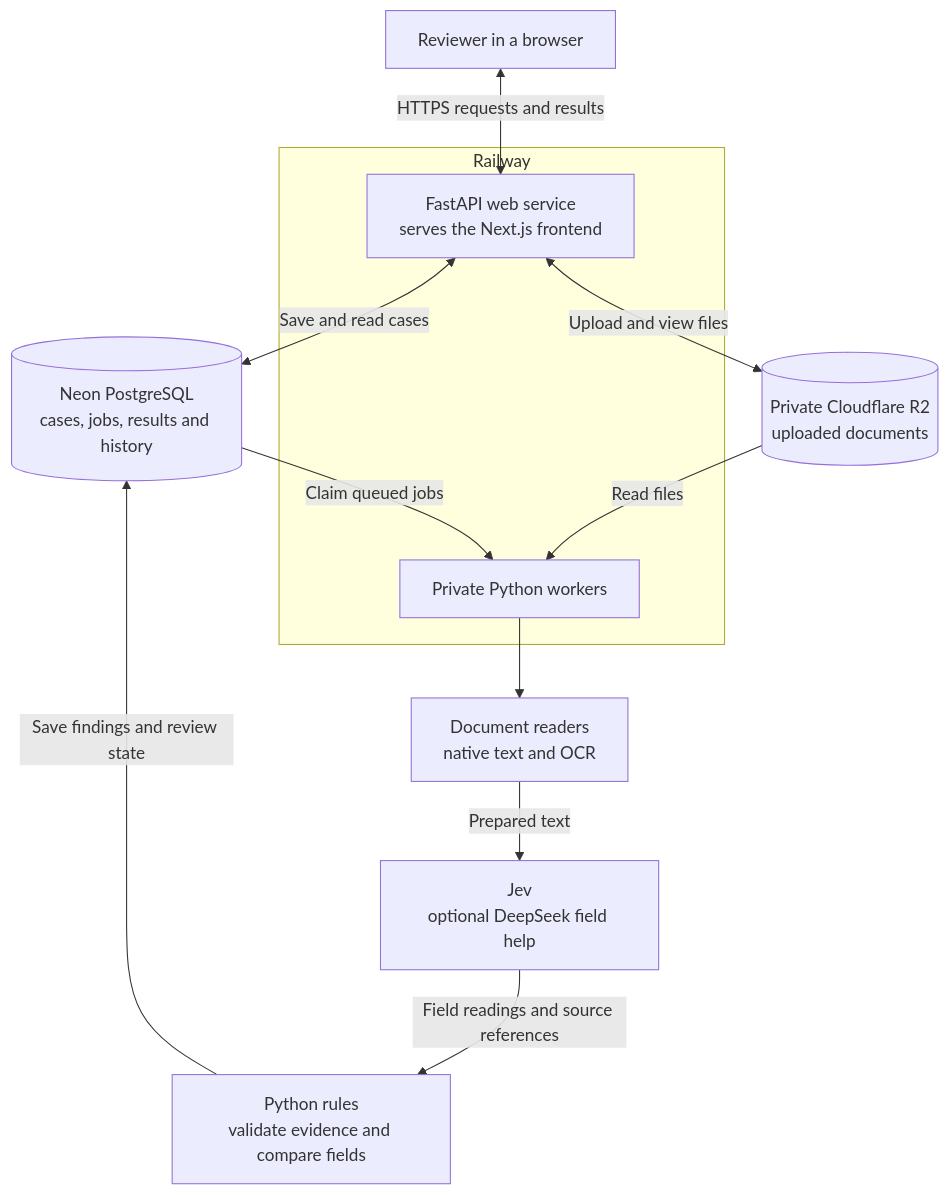
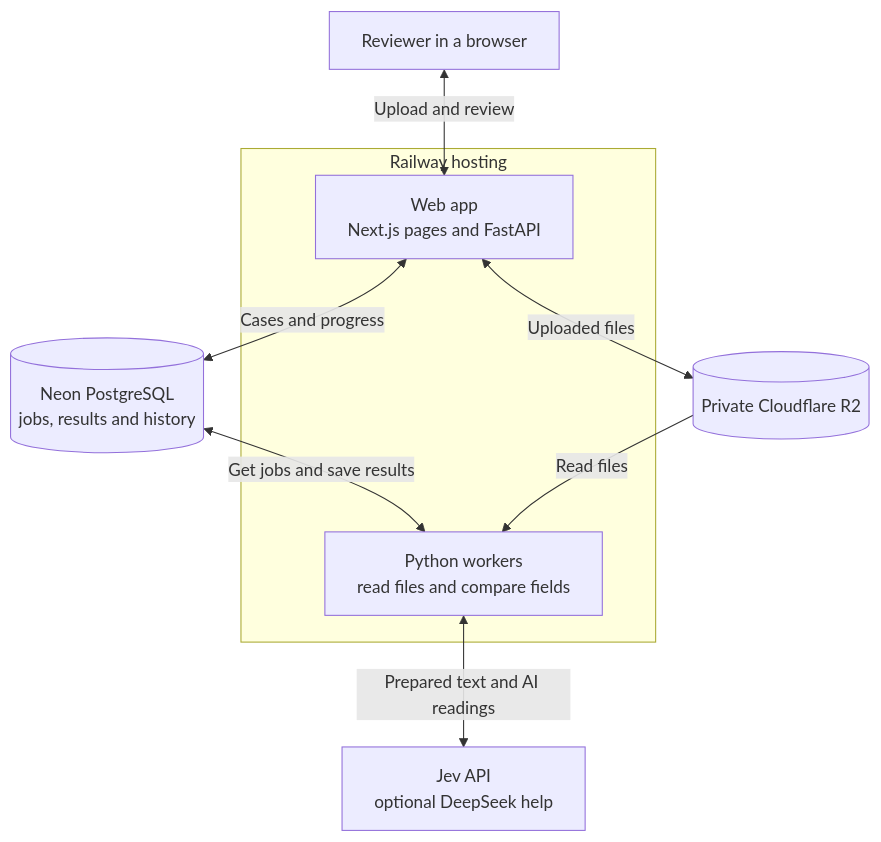
Before and after one commit to Morris-Zin/Averis-Hackathon: the first of 4 diagrams in PROJECT.md, drawn with Mermaid. The commit also changed other lines of this file, not shown here.

Commit message:
Simplify project narrative and explain review and scaling with diagrams

````diff
--- a/PROJECT.md
+++ b/PROJECT.md
@@ -52,22 +71,13 @@
 ```mermaid
 flowchart TB
-    U[Reviewer in a browser]
-    subgraph Railway[Railway]
-        WEB[FastAPI web service<br/>serves the Next.js frontend]
-        WORKER[Private Python workers]
+    U[Reviewer in a browser] <-->|Upload and review| WEB
+    subgraph Railway[Railway hosting]
+        WEB[Web app<br/>Next.js pages and FastAPI]
+        WORKER[Python workers<br/>read files and compare fields]
     end
-    DB[(Neon PostgreSQL<br/>cases, jobs, results and history)]
-    R2[(Private Cloudflare R2<br/>uploaded documents)]
-    READ[Document readers<br/>native text and OCR]
-    AI[Jev<br/>optional DeepSeek field help]
-    RULES[Python rules<br/>validate evidence and compare fields]
-    U <-->|HTTPS requests and results| WEB
-    WEB <-->|Save and read cases| DB
-    WEB <-->|Upload and view files| R2
-    DB -->|Claim queued jobs| WORKER
+    WEB <-->|Cases and progress| DB[(Neon PostgreSQL<br/>jobs, results and history)]
+    WEB <-->|Uploaded files| R2[(Private Cloudflare R2)]
+    DB <-->|Get jobs and save results| WORKER
     R2 -->|Read files| WORKER
-    WORKER --> READ
-    READ -->|Prepared text| AI
-    AI -->|Field readings and source references| RULES
-    RULES -->|Save findings and review state| DB
+    WORKER <-->|Prepared text and AI readings| AI[Jev API<br/>optional DeepSeek help]
 ```
````
